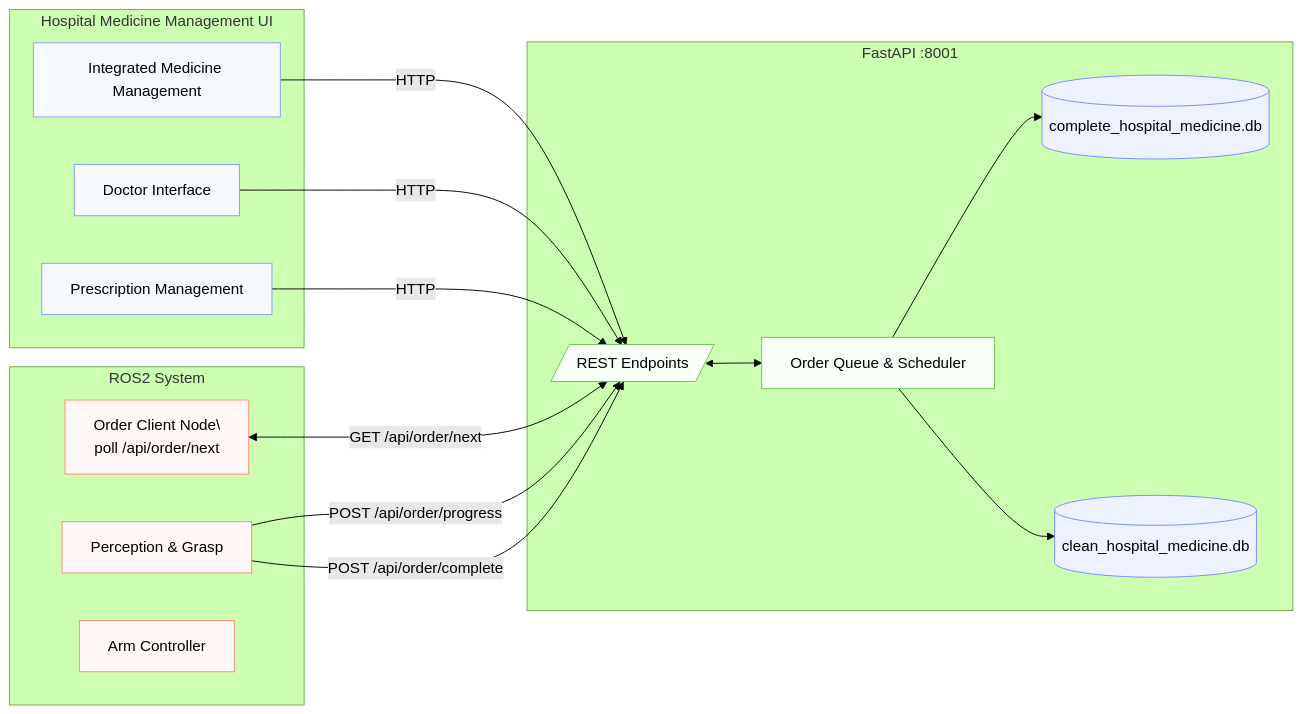
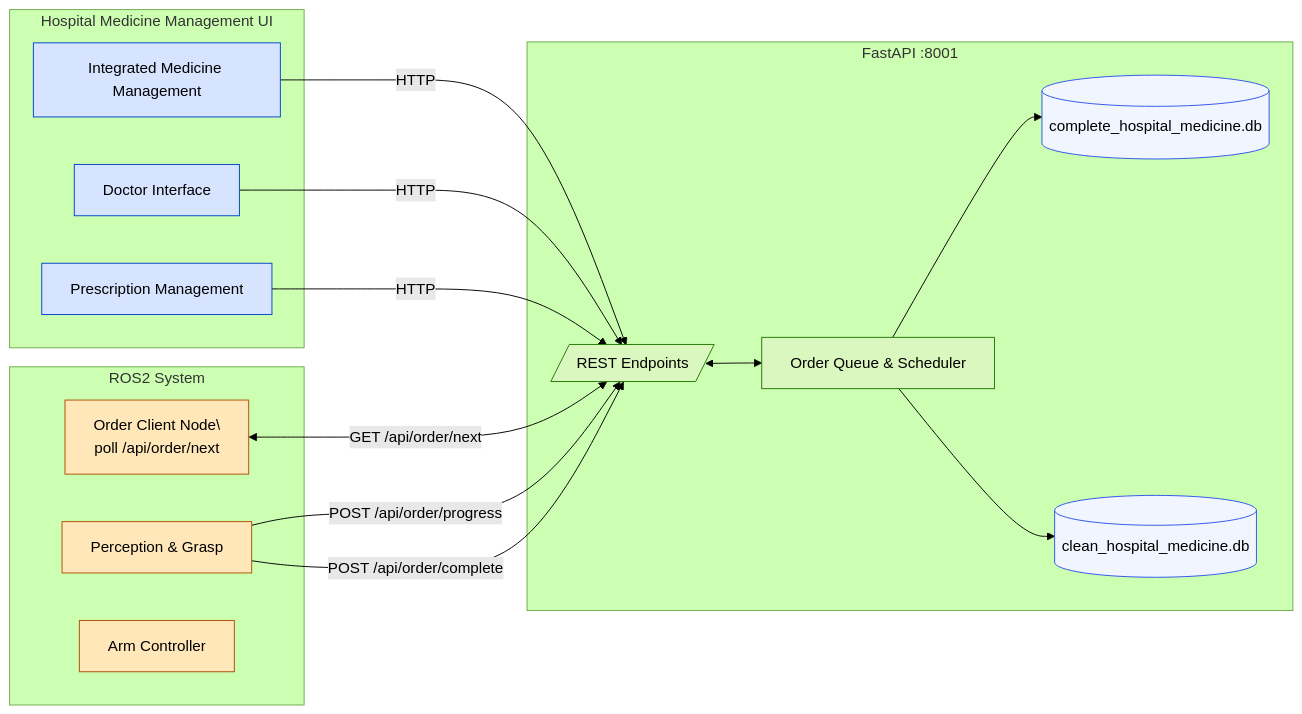
The first of 2 diagrams in README.md (jimmyhuang921114/user_ineterface), drawn with Mermaid (forest theme) before and after one commit. The commit also changed other lines of this file, not shown here.

````diff
--- a/README.md
+++ b/README.md
@@ -39,51 +39,52 @@
 ```mermaid
 flowchart LR
   %% ---------- UI ----------
   subgraph UI[Hospital Medicine Management UI]
     M[Integrated Medicine Management]
     D[Doctor Interface]
     P[Prescription Management]
   end
 
   %% ---------- API ----------
   subgraph API[FastAPI :8001]
     A1[/REST Endpoints/]
     A3[Order Queue & Scheduler]
     A2t[(complete_hospital_medicine.db)]
     A2p[(clean_hospital_medicine.db)]
   end
 
   %% ---------- ROS2 ----------
   subgraph ROS[ROS2 System]
     R1["Order Client Node\\npoll /api/order/next"]
     R2[Perception & Grasp]
     R3[Arm Controller]
   end
 
   %% ---------- UI -> API ----------
   M -->|HTTP| A1
   D -->|HTTP| A1
   P -->|HTTP| A1
 
   %% ---------- ROS2 <-> API ----------
   R1 <-->|GET /api/order/next| A1
   R2 -->|POST /api/order/progress| A1
   R2 -->|POST /api/order/complete| A1
 
   %% ---------- API internals ----------
   A1 <--> A3
   A3 --> A2t
   A3 --> A2p
 
   %% ---------- Styles ----------
-  classDef ui fill:#f6f9ff,stroke:#7aa2ff,stroke-width:1px;
-  classDef api fill:#f8fff6,stroke:#6bbf59,stroke-width:1px;
-  classDef ros fill:#fff7f6,stroke:#ff8b7a,stroke-width:1px;
-  classDef db fill:#eef2ff,stroke:#7a88ff,stroke-width:1px;
+  classDef ui fill:#d6e4ff,stroke:#0044cc,stroke-width:1px,color:#000;
+  classDef api fill:#d9f7be,stroke:#237804,stroke-width:1px,color:#000;
+  classDef ros fill:#ffe7ba,stroke:#ad4e00,stroke-width:1px,color:#000;
+  classDef db fill:#f0f5ff,stroke:#2f54eb,stroke-width:1px,color:#000;
 
   class M,D,P ui;
   class A1,A3 api;
   class R1,R2,R3 ros;
   class A2t,A2p db;
 
+
 ```
````
